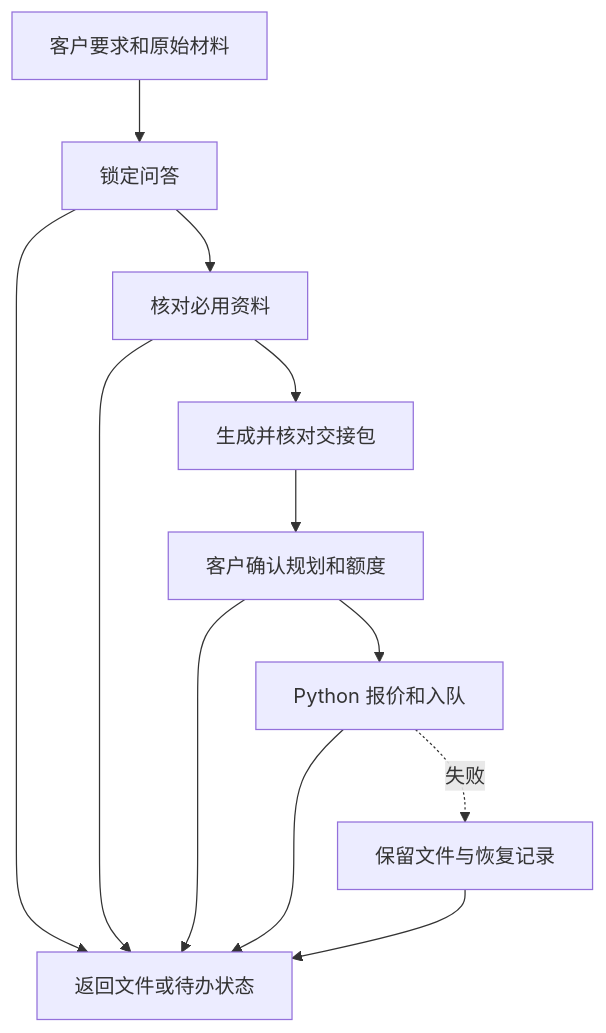
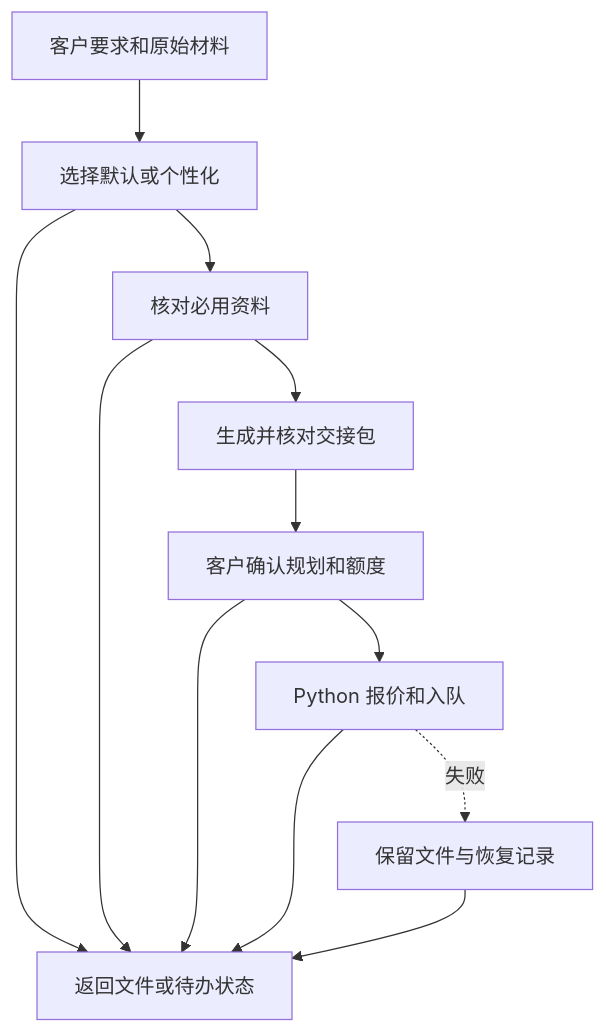
The diagram in skills/cell_ppt/references/nodes.md (yrui-cmd/Cell), drawn with Mermaid before and after one commit. The commit also changed other lines of this file and 7 other files, not shown here.

````diff
--- a/skills/cell_ppt/references/nodes.md
+++ b/skills/cell_ppt/references/nodes.md
@@ -3,14 +3,14 @@
 ```mermaid
 flowchart TB
-  input[客户要求和原始材料] --> questions[锁定问答]
+  input[客户要求和原始材料] --> questions[选择默认或个性化]
   questions --> sources[核对必用资料]
   sources --> plan[生成并核对交接包]
   plan --> approval[客户确认规划和额度]
   approval --> submit[Python 报价和入队]
   questions --> output[返回文件或待办状态]
   sources --> output
   approval --> output
   submit --> output
   submit -.失败.-> failure[保留文件与恢复记录]
   failure --> output
 ```
````
